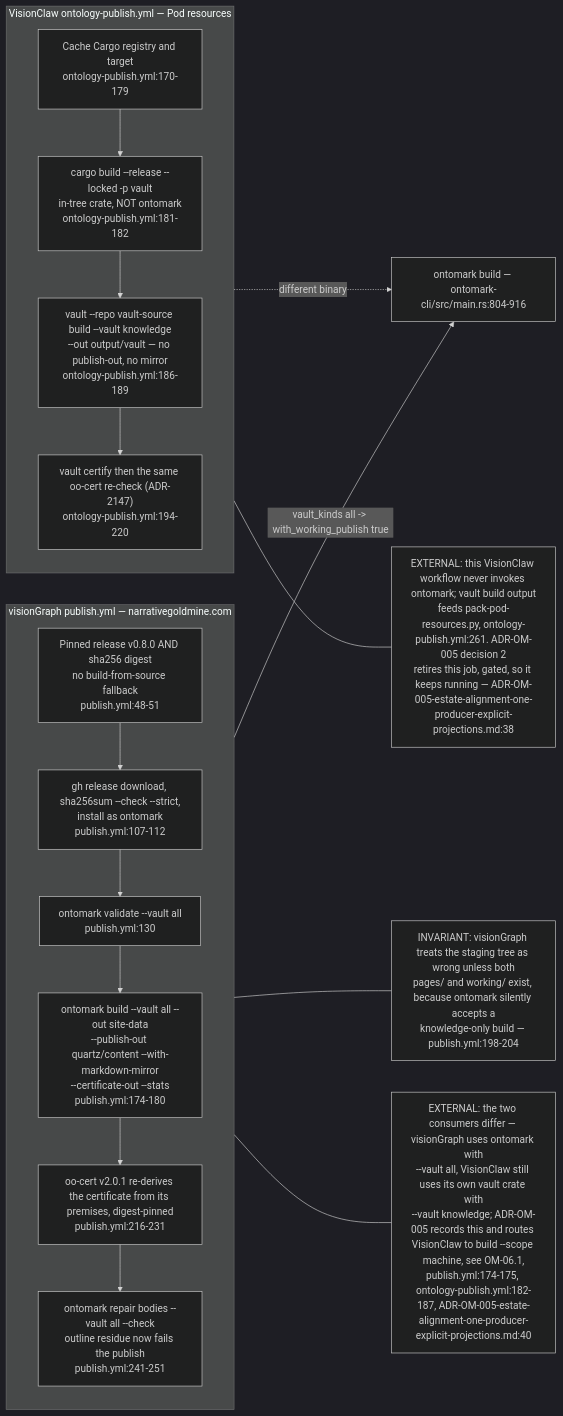
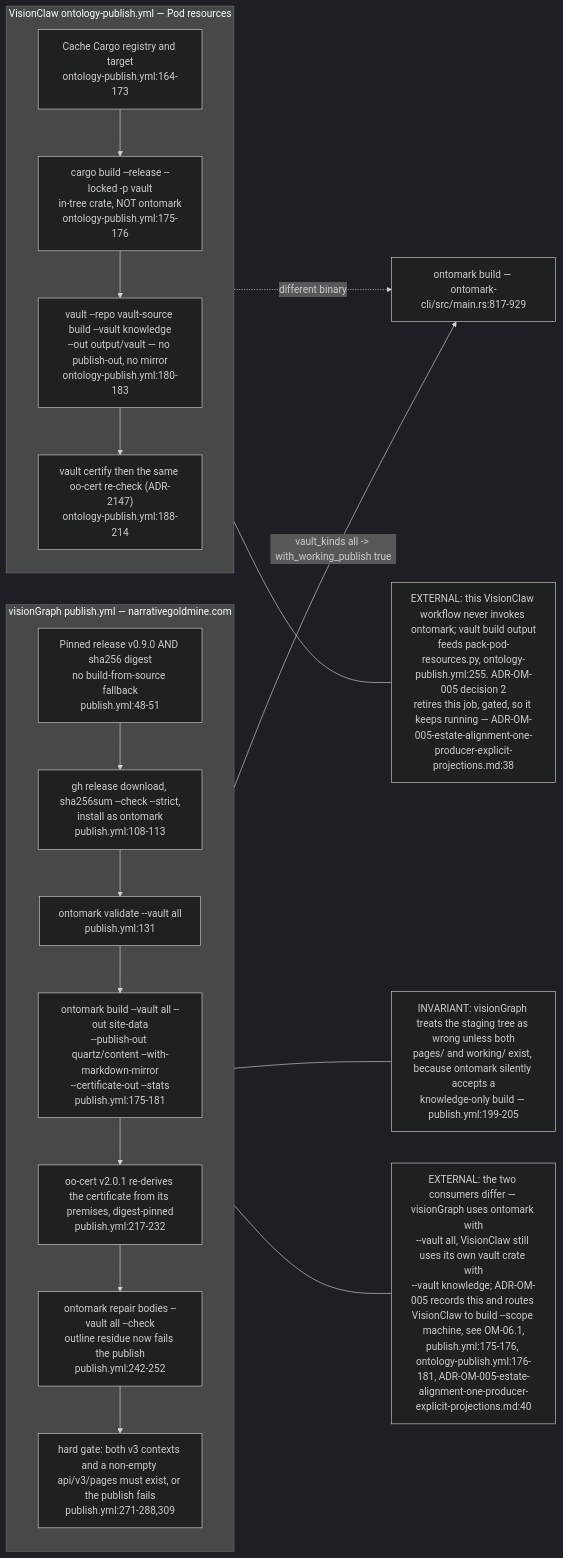
The fifth of 6 diagrams in docs/diagrams/ontomark/05-cli-commands-vault-selector-and-exit-codes.md (DreamLab-AI/VisionFlow), drawn with Mermaid (dark theme) before and after one commit. The commit also changed other lines of this file and 70 other files, not shown here.

First line of the commit message:
docs(diagrams): re-verify 69 topics at current default-branch heads

````diff
--- a/docs/diagrams/ontomark/05-cli-commands-vault-selector-and-exit-codes.md
+++ b/docs/diagrams/ontomark/05-cli-commands-vault-selector-and-exit-codes.md
@@ -203,30 +205,31 @@
 ```mermaid
 flowchart LR
     subgraph VG["visionGraph publish.yml — narrativegoldmine.com"]
         direction TB
-        VGPIN["Pinned release v0.8.0 AND sha256 digest<br/>no build-from-source fallback<br/>publish.yml:48-51"]
-        VGFETCH["gh release download, sha256sum --check --strict,<br/>install as ontomark<br/>publish.yml:107-112"]
-        VGVAL["ontomark validate --vault all<br/>publish.yml:130"]
-        VGBUILD["ontomark build --vault all --out site-data<br/>--publish-out quartz/content --with-markdown-mirror<br/>--certificate-out --stats<br/>publish.yml:174-180"]
-        VGCERT["oo-cert v2.0.1 re-derives the certificate from its premises, digest-pinned<br/>publish.yml:216-231"]
-        VGREP["ontomark repair bodies --vault all --check<br/>outline residue now fails the publish<br/>publish.yml:241-251"]
-        VGPIN --> VGFETCH --> VGVAL --> VGBUILD --> VGCERT --> VGREP
+        VGPIN["Pinned release v0.9.0 AND sha256 digest<br/>no build-from-source fallback<br/>publish.yml:48-51"]
+        VGFETCH["gh release download, sha256sum --check --strict,<br/>install as ontomark<br/>publish.yml:108-113"]
+        VGVAL["ontomark validate --vault all<br/>publish.yml:131"]
+        VGBUILD["ontomark build --vault all --out site-data<br/>--publish-out quartz/content --with-markdown-mirror<br/>--certificate-out --stats<br/>publish.yml:175-181"]
+        VGCERT["oo-cert v2.0.1 re-derives the certificate from its premises, digest-pinned<br/>publish.yml:217-232"]
+        VGREP["ontomark repair bodies --vault all --check<br/>outline residue now fails the publish<br/>publish.yml:242-252"]
+        VGGATE["hard gate: both v3 contexts and a non-empty api/v3/pages must exist, or the publish fails<br/>publish.yml:271-288,309"]
+        VGPIN --> VGFETCH --> VGVAL --> VGBUILD --> VGCERT --> VGREP --> VGGATE
     end
     subgraph VC["VisionClaw ontology-publish.yml — Pod resources"]
         direction TB
-        VCCACHE["Cache Cargo registry and target<br/>ontology-publish.yml:170-179"]
-        VCBUILD["cargo build --release --locked -p vault<br/>in-tree crate, NOT ontomark<br/>ontology-publish.yml:181-182"]
-        VCRUN["vault --repo vault-source build --vault knowledge<br/>--out output/vault — no publish-out, no mirror<br/>ontology-publish.yml:186-189"]
-        VCCERT["vault certify then the same oo-cert re-check (ADR-2147)<br/>ontology-publish.yml:194-220"]
+        VCCACHE["Cache Cargo registry and target<br/>ontology-publish.yml:164-173"]
+        VCBUILD["cargo build --release --locked -p vault<br/>in-tree crate, NOT ontomark<br/>ontology-publish.yml:175-176"]
+        VCRUN["vault --repo vault-source build --vault knowledge<br/>--out output/vault — no publish-out, no mirror<br/>ontology-publish.yml:180-183"]
+        VCCERT["vault certify then the same oo-cert re-check (ADR-2147)<br/>ontology-publish.yml:188-214"]
         VCCACHE --> VCBUILD --> VCRUN --> VCCERT
     end
-    BIN["ontomark build — ontomark-cli/src/main.rs:804-916"]
+    BIN["ontomark build — ontomark-cli/src/main.rs:817-929"]
     VGBUILD -->|"vault_kinds all -> with_working_publish true"| BIN
     VCRUN -.->|"different binary"| BIN
-    n1["EXTERNAL: the two consumers differ — visionGraph uses ontomark with<br/>--vault all, VisionClaw still uses its own vault crate with<br/>--vault knowledge; ADR-OM-005 records this and routes VisionClaw to build --scope machine, see OM-06.1,<br/>publish.yml:174-175, ontology-publish.yml:182-187, ADR-OM-005-estate-alignment-one-producer-explicit-projections.md:40"]
-    n2["EXTERNAL: this VisionClaw workflow never invokes ontomark; vault build output<br/>feeds pack-pod-resources.py, ontology-publish.yml:261. ADR-OM-005 decision 2<br/>retires this job, gated, so it keeps running — ADR-OM-005-estate-alignment-one-producer-explicit-projections.md:38"]
-    n3["INVARIANT: visionGraph treats the staging tree as wrong unless both<br/>pages/ and working/ exist, because ontomark silently accepts a<br/>knowledge-only build — publish.yml:198-204"]
+    n1["EXTERNAL: the two consumers differ — visionGraph uses ontomark with<br/>--vault all, VisionClaw still uses its own vault crate with<br/>--vault knowledge; ADR-OM-005 records this and routes VisionClaw to build --scope machine, see OM-06.1,<br/>publish.yml:175-176, ontology-publish.yml:176-181, ADR-OM-005-estate-alignment-one-producer-explicit-projections.md:40"]
+    n2["EXTERNAL: this VisionClaw workflow never invokes ontomark; vault build output<br/>feeds pack-pod-resources.py, ontology-publish.yml:255. ADR-OM-005 decision 2<br/>retires this job, gated, so it keeps running — ADR-OM-005-estate-alignment-one-producer-explicit-projections.md:38"]
+    n3["INVARIANT: visionGraph treats the staging tree as wrong unless both<br/>pages/ and working/ exist, because ontomark silently accepts a<br/>knowledge-only build — publish.yml:199-205"]
     VG --- n1
     VC --- n2
     VGBUILD --- n3
 ```
````
